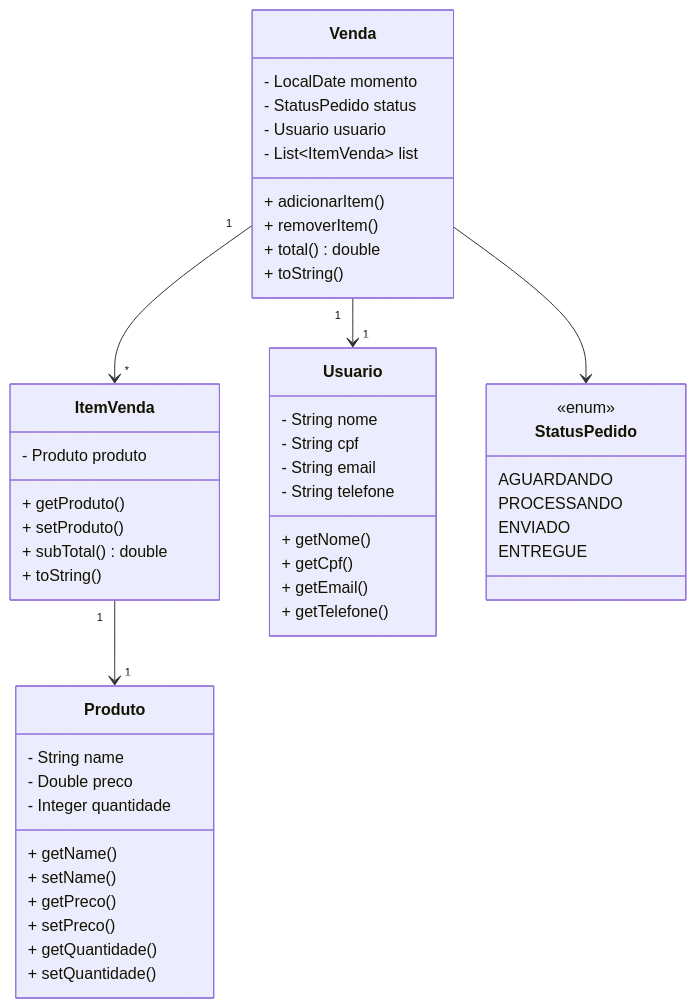
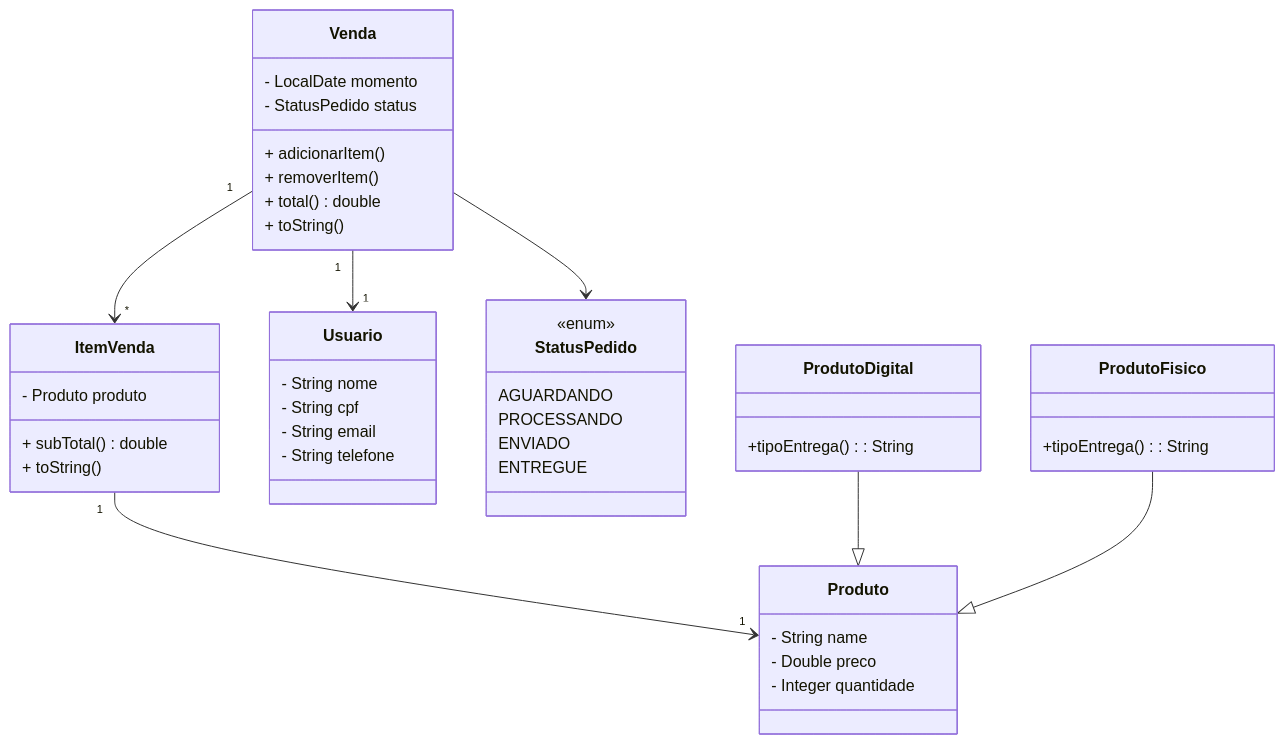
One commit to Rafael540/Loja changed the diagram in README.md. Above: the diagram before and after it, drawn with Mermaid.

````diff
--- a/README.md
+++ b/README.md
@@ -15,57 +15,55 @@
 ```mermaid
 classDiagram
     class Produto {
         - String name
         - Double preco
         - Integer quantidade
-        + getName()
-        + setName()
-        + getPreco()
-        + setPreco()
-        + getQuantidade()
-        + setQuantidade()
+      
     }
 
     class ItemVenda {
         - Produto produto
-        + getProduto()
-        + setProduto()
         + subTotal() double
         + toString()
     }
 
     class Usuario {
         - String nome
         - String cpf
         - String email
         - String telefone
-        + getNome()
-        + getCpf()
-        + getEmail()
-        + getTelefone()
     }
 
     class Venda {
         - LocalDate momento
         - StatusPedido status
-        - Usuario usuario
-        - List~ItemVenda~ list
         + adicionarItem()
         + removerItem()
         + total() double
         + toString()
     }
 
     class StatusPedido {
         <<enum>>
         AGUARDANDO
         PROCESSANDO
         ENVIADO
         ENTREGUE
     }
+    class ProdutoDigital {
+      +tipoEntrega(): String
+    }
+    
+    class ProdutoFisico {
+      +tipoEntrega(): String
+    }
 
+  
     Venda "1" --> "1" Usuario
     Venda "1" --> "*" ItemVenda
     ItemVenda "1" --> "1" Produto
+    ProdutoDigital --|> Produto
+    ProdutoFisico --|> Produto
     Venda --> StatusPedido
+    
 ```
````
